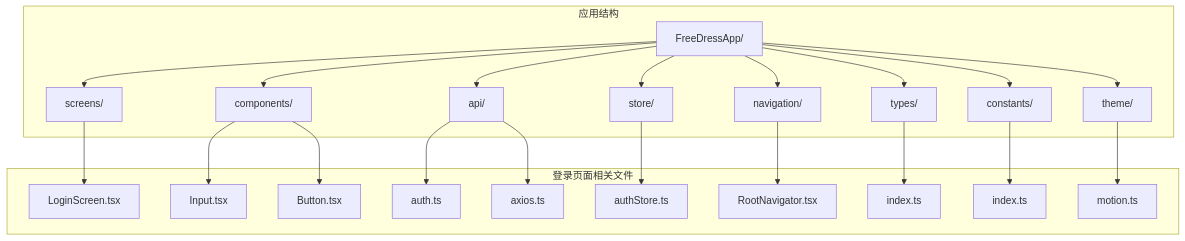
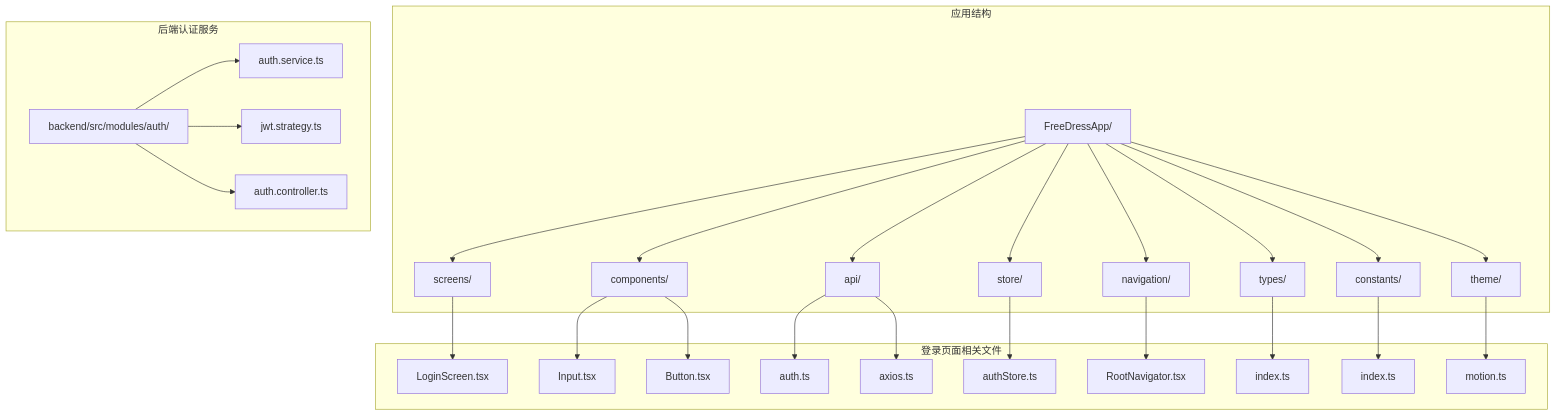
Before and after one commit to lsqwawa/free-dress: the first of 21 diagrams in .qoder/repowiki/zh/content/前端开发指南/页面架构/认证页面/登录页面.md, drawn with Mermaid. The commit also changed other lines of this file and 55 other files, not shown here.

````diff
--- a/.qoder/repowiki/zh/content/前端开发指南/页面架构/认证页面/登录页面.md
+++ b/.qoder/repowiki/zh/content/前端开发指南/页面架构/认证页面/登录页面.md
@@ -43,25 +58,30 @@
 ```mermaid
 graph TB
 subgraph "应用结构"
 A[FreeDressApp/] --> B[screens/]
 A --> C[components/]
 A --> D[api/]
 A --> E[store/]
 A --> F[navigation/]
 A --> G[theme/]
 A --> H[types/]
 A --> I[constants/]
 end
 subgraph "登录页面相关文件"
 B --> J[LoginScreen.tsx]
 C --> K[Input.tsx]
 C --> L[Button.tsx]
 D --> M[auth.ts]
 D --> N[axios.ts]
 E --> O[authStore.ts]
 F --> P[RootNavigator.tsx]
 H --> Q[index.ts]
 I --> R[index.ts]
 G --> S[motion.ts]
 end
+subgraph "后端认证服务"
+T[backend/src/modules/auth/] --> U[auth.service.ts]
+T --> V[jwt.strategy.ts]
+T --> W[auth.controller.ts]
+end
 ```
````
